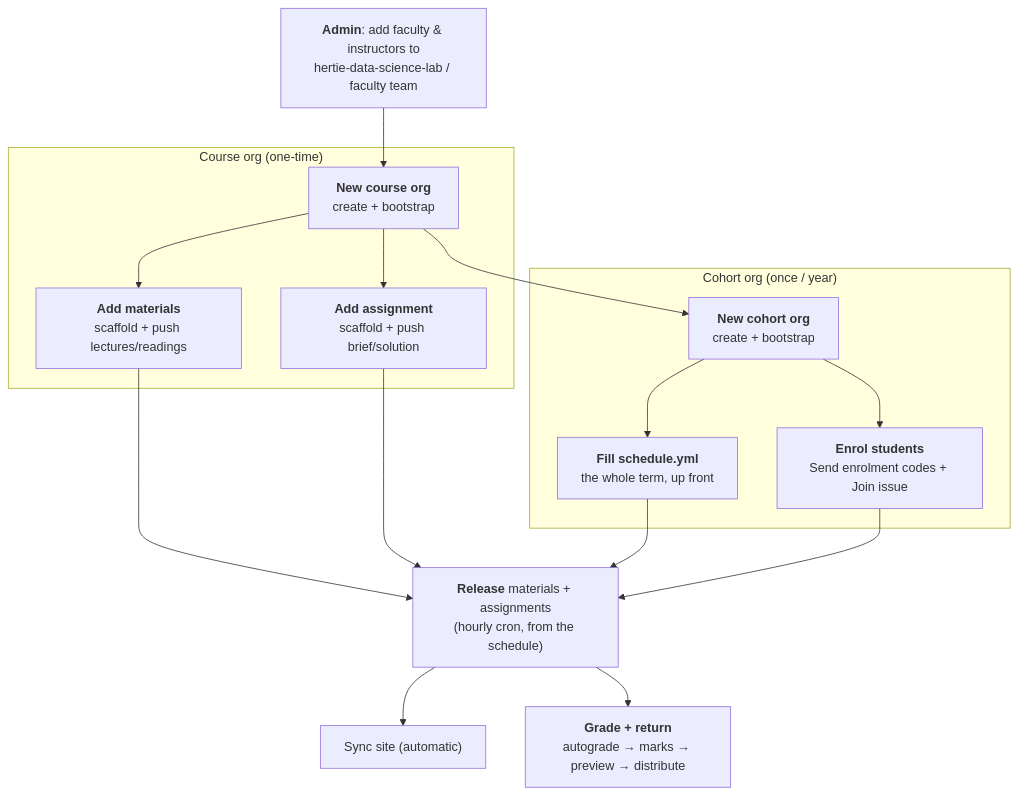
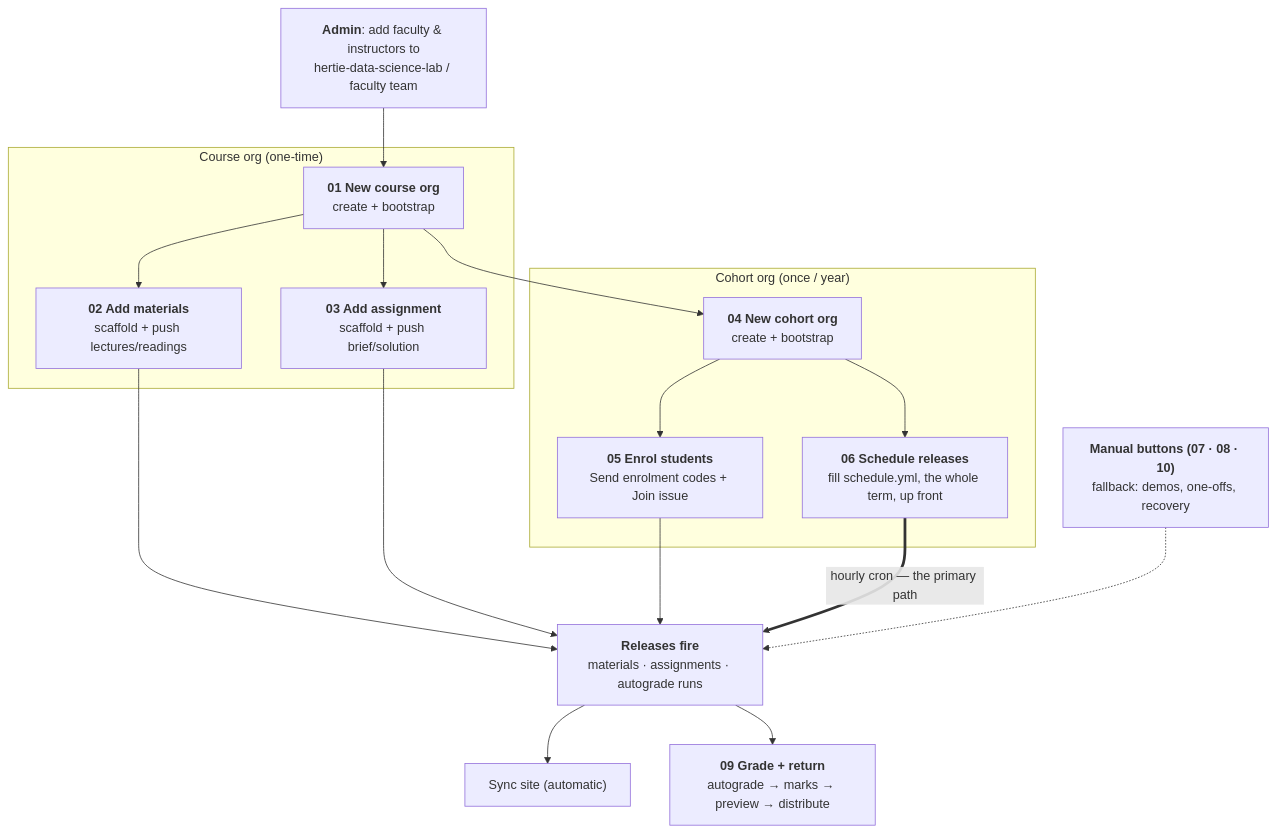
The diagram in docs/faculty-and-instructors/README.md (hertie-data-science-lab/dsl-teaching-course-setup), drawn with Mermaid before and after one commit. The commit also changed other lines of this file and 25 other files, not shown here.

````diff
--- a/docs/faculty-and-instructors/README.md
+++ b/docs/faculty-and-instructors/README.md
@@ -24,28 +20,39 @@
 ```mermaid
 flowchart TD
-  A["<b>Admin</b>: add faculty & instructors to<br/>hertie-data-science-lab / faculty team"] --> B
+  A["`**Admin**: add faculty & instructors to
+hertie-data-science-lab / faculty team`"] --> B
 
   subgraph COURSE["Course org (one-time)"]
-    B["<b>New course org</b><br/>create + bootstrap"]
-    C["<b>Add materials</b><br/>scaffold + push lectures/readings"]
-    D["<b>Add assignment</b><br/>scaffold + push brief/solution"]
+    B["`**01 New course org**
+create + bootstrap`"]
+    C["`**02 Add materials**
+scaffold + push lectures/readings`"]
+    D["`**03 Add assignment**
+scaffold + push brief/solution`"]
     B --> C
     B --> D
   end
 
   subgraph COHORT["Cohort org (once / year)"]
-    E["<b>New cohort org</b><br/>create + bootstrap"]
-    S["<b>Fill schedule.yml</b><br/>the whole term, up front"]
-    F["<b>Enrol students</b><br/>Send enrolment codes + Join issue"]
+    E["`**04 New cohort org**
+create + bootstrap`"]
+    F["`**05 Enrol students**
+Send enrolment codes + Join issue`"]
+    S["`**06 Schedule releases**
+fill schedule.yml, the whole term, up front`"]
+    E --> F
     E --> S
-    E --> F
   end
 
   B --> E
-  C --> G["<b>Release</b> materials + assignments<br/>(hourly cron, from the schedule)"]
+  C --> G["`**Releases fire**
+materials · assignments · autograde runs`"]
   D --> G
-  S --> G
   F --> G
+  S ==>|"hourly cron — the primary path"| G
+  M["`**Manual buttons (07 · 08 · 10)**
+fallback: demos, one-offs, recovery`"] -.-> G
   G --> I["Sync site (automatic)"]
-  G --> J["<b>Grade + return</b><br/>autograde → marks → preview → distribute"]
+  G --> J["`**09 Grade + return**
+autograde → marks → preview → distribute`"]
 ```
````
